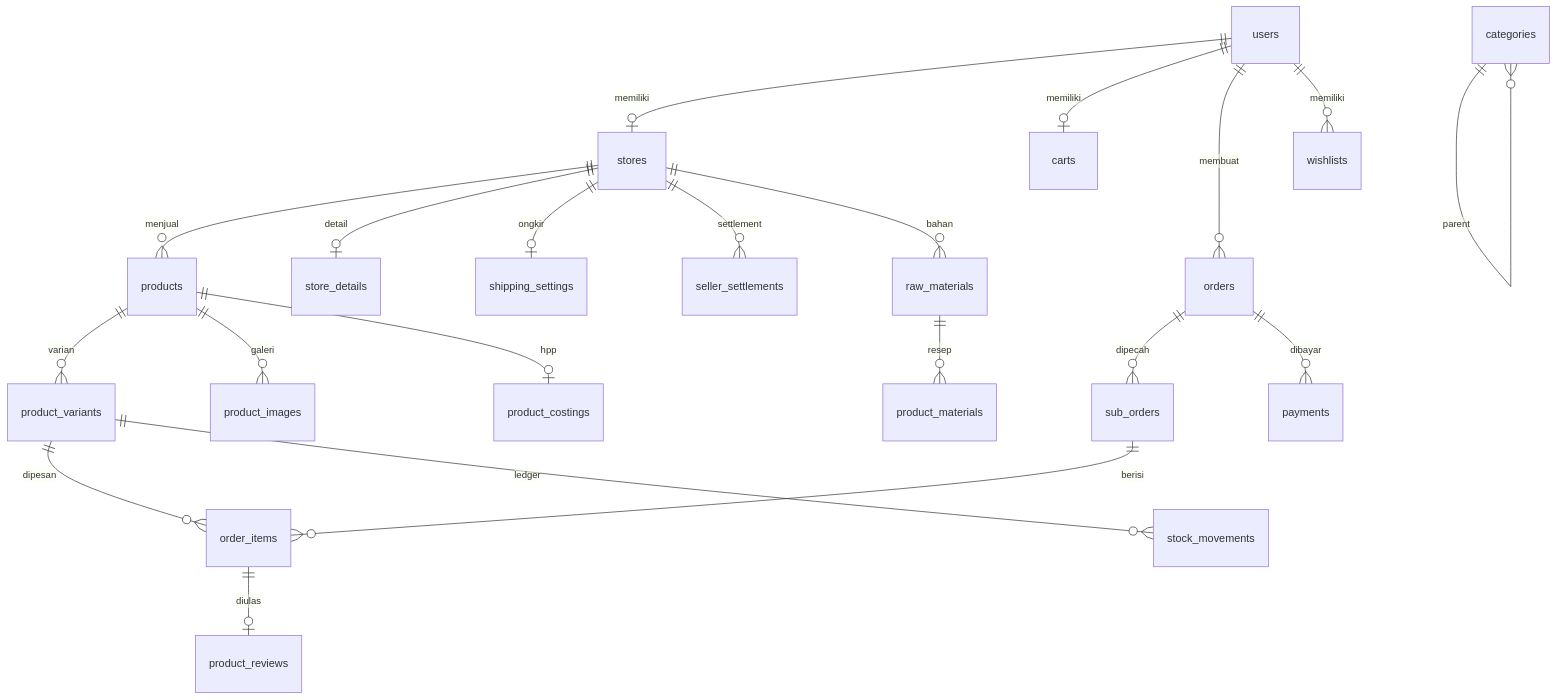
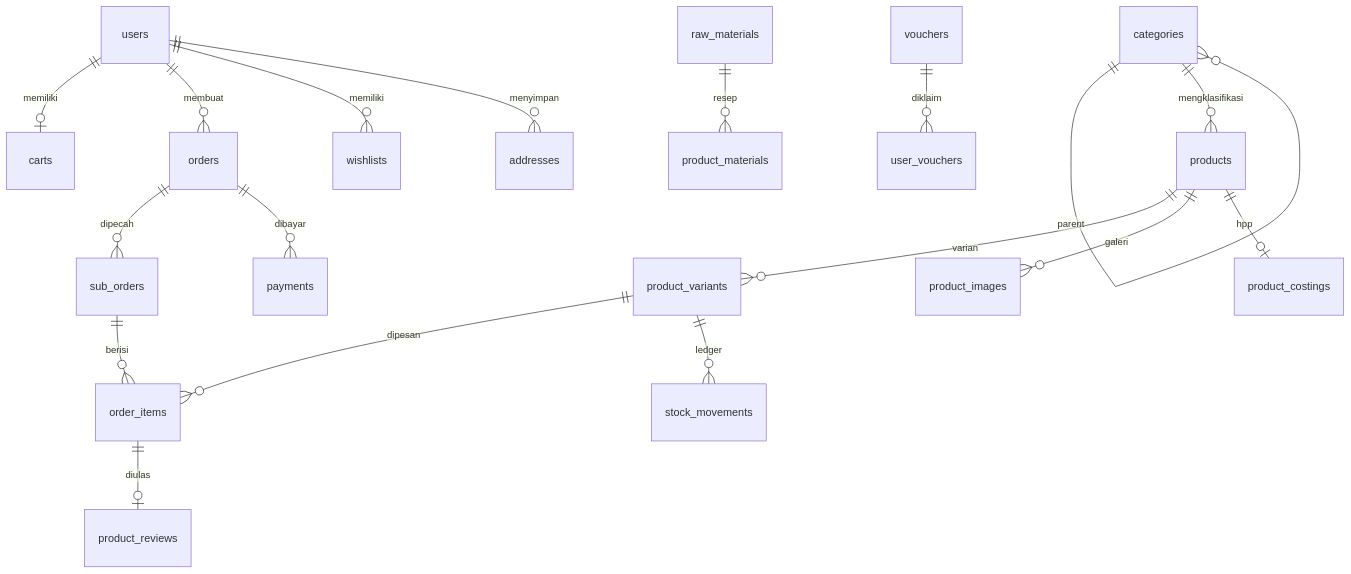
Before and after one commit to Rachman-Akbar/fashionku: the diagram in docs/DATABASE_SCHEMA.md, drawn with Mermaid. The commit also changed other lines of this file and 312 other files, not shown here.

````diff
--- a/docs/DATABASE_SCHEMA.md
+++ b/docs/DATABASE_SCHEMA.md
@@ -435,23 +411,20 @@
 ```mermaid
 erDiagram
-    users ||--o| stores : memiliki
     users ||--o| carts : memiliki
     users ||--o{ orders : membuat
     users ||--o{ wishlists : memiliki
-    stores ||--o{ products : menjual
-    stores ||--o| store_details : detail
-    stores ||--o| shipping_settings : ongkir
+    users ||--o{ addresses : menyimpan
+    categories ||--o{ categories : parent
+    categories ||--o{ products : mengklasifikasi
     products ||--o{ product_variants : varian
     products ||--o{ product_images : galeri
     products ||--o| product_costings : hpp
-    categories ||--o{ categories : parent
     orders ||--o{ sub_orders : dipecah
     orders ||--o{ payments : dibayar
     sub_orders ||--o{ order_items : berisi
     product_variants ||--o{ order_items : dipesan
     product_variants ||--o{ stock_movements : ledger
     order_items ||--o| product_reviews : diulas
-    stores ||--o{ seller_settlements : settlement
-    stores ||--o{ raw_materials : bahan
     raw_materials ||--o{ product_materials : resep
+    vouchers ||--o{ user_vouchers : diklaim
 ```
````
